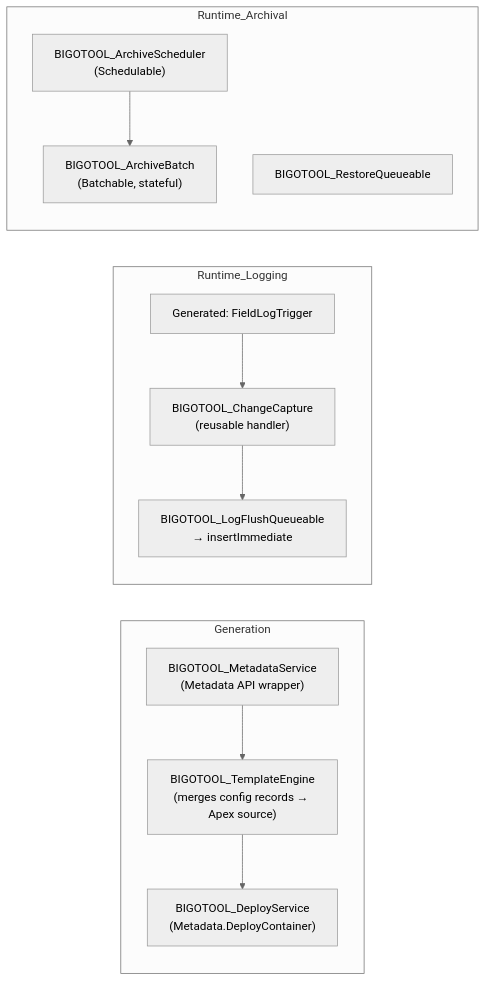
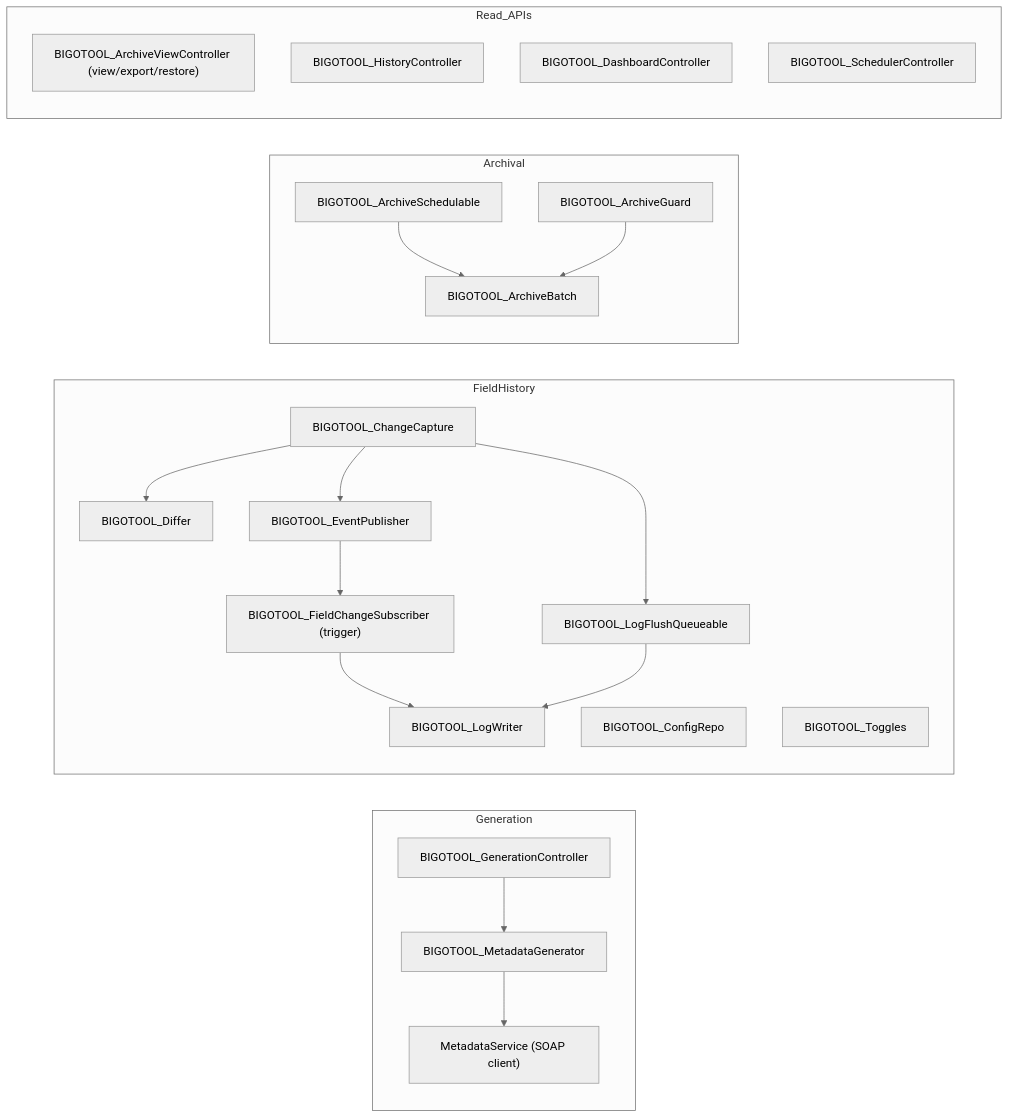
Before and after one commit to sonicfurqan/Salesforce-Big-Object-Toolkit: the second of 7 diagrams in docs/ARCHITECTURE.md, drawn with Mermaid (neutral theme). The commit also changed other lines of this file and 11 other files, not shown here.

````diff
--- a/docs/ARCHITECTURE.md
+++ b/docs/ARCHITECTURE.md
@@ -291,21 +279,37 @@
 ```mermaid
 flowchart LR
     subgraph Generation
-        A["BIGOTOOL_MetadataService\n(Metadata API wrapper)"]
-        B["BIGOTOOL_TemplateEngine\n(merges config records → Apex source)"]
-        C["BIGOTOOL_DeployService\n(Metadata.DeployContainer)"]
+        GC["BIGOTOOL_GenerationController"]
+        MG["BIGOTOOL_MetadataGenerator"]
+        MS["MetadataService (SOAP client)"]
     end
-    subgraph Runtime_Logging
-        D["Generated: <Obj>FieldLogTrigger"]
-        E["BIGOTOOL_ChangeCapture\n(reusable handler)"]
-        F["BIGOTOOL_LogFlushQueueable\n→ insertImmediate"]
+    subgraph FieldHistory
+        CC["BIGOTOOL_ChangeCapture"]
+        DF["BIGOTOOL_Differ"]
+        EP["BIGOTOOL_EventPublisher"]
+        SUB["BIGOTOOL_FieldChangeSubscriber (trigger)"]
+        LFQ["BIGOTOOL_LogFlushQueueable"]
+        LW["BIGOTOOL_LogWriter"]
+        CR["BIGOTOOL_ConfigRepo"]
+        TG["BIGOTOOL_Toggles"]
     end
-    subgraph Runtime_Archival
-        G["BIGOTOOL_ArchiveScheduler\n(Schedulable)"]
-        H["BIGOTOOL_ArchiveBatch\n(Batchable, stateful)"]
-        I["BIGOTOOL_RestoreQueueable"]
+    subgraph Archival
+        SCH["BIGOTOOL_ArchiveSchedulable"]
+        BAT["BIGOTOOL_ArchiveBatch"]
+        GRD["BIGOTOOL_ArchiveGuard"]
     end
-    A --> B --> C
-    D --> E --> F
-    G --> H
+    subgraph Read_APIs
+        AVC["BIGOTOOL_ArchiveViewController (view/export/restore)"]
+        HC["BIGOTOOL_HistoryController"]
+        DC["BIGOTOOL_DashboardController"]
+        SC["BIGOTOOL_SchedulerController"]
+    end
+    GC --> MG --> MS
+    CC --> DF
+    CC --> EP
+    CC --> LFQ
+    EP --> SUB --> LW
+    LFQ --> LW
+    SCH --> BAT
+    GRD --> BAT
 ```
````
